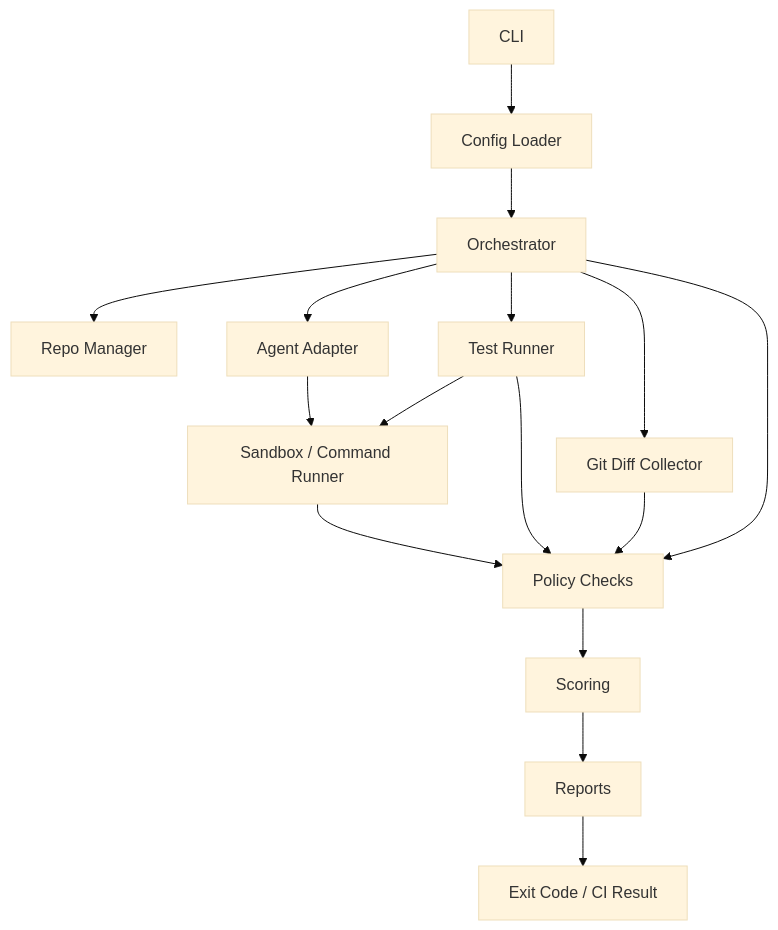
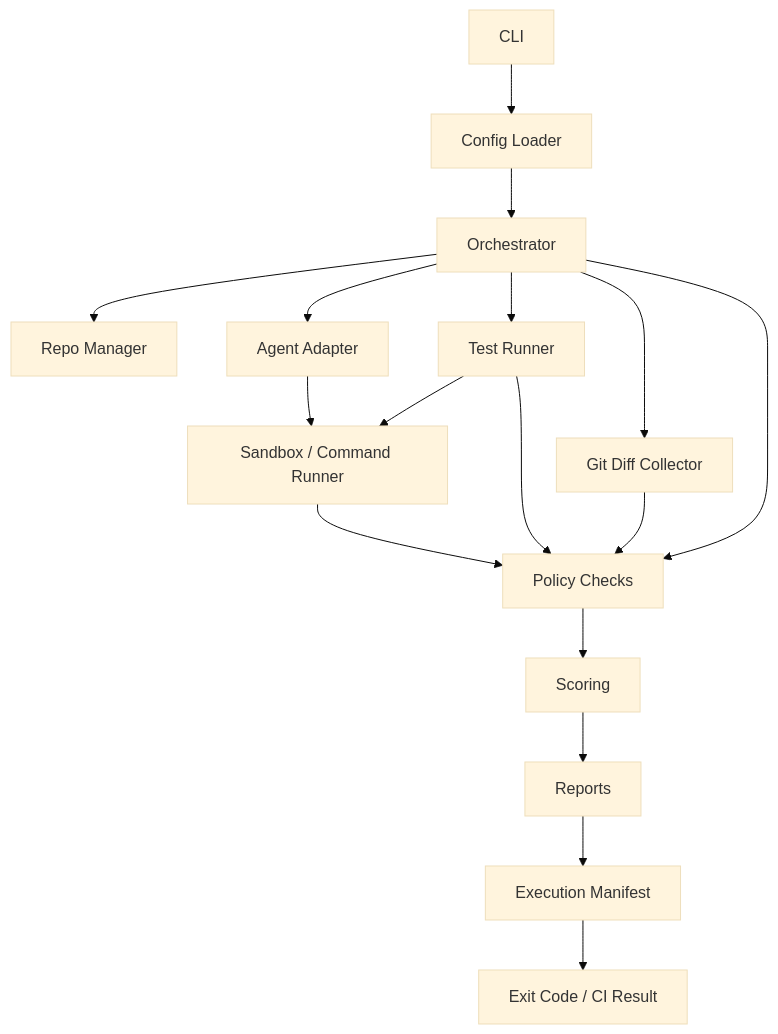
Before and after one commit to richinmrudul/agentguard: the first of 2 diagrams in docs/architecture.md, drawn with Mermaid (base theme). The commit also changed other lines of this file and 16 other files, not shown here.

````diff
--- a/docs/architecture.md
+++ b/docs/architecture.md
@@ -47,18 +48,19 @@
 ```mermaid
 flowchart TD
     CLI[CLI] --> ConfigLoader[Config Loader]
     ConfigLoader --> Orchestrator[Orchestrator]
     Orchestrator --> RepoManager[Repo Manager]
     Orchestrator --> AgentAdapter[Agent Adapter]
     AgentAdapter --> SandboxRunner[Sandbox / Command Runner]
     Orchestrator --> TestRunner[Test Runner]
     TestRunner --> SandboxRunner
     Orchestrator --> GitDiffCollector[Git Diff Collector]
     Orchestrator --> PolicyChecks[Policy Checks]
     SandboxRunner --> PolicyChecks
     GitDiffCollector --> PolicyChecks
     TestRunner --> PolicyChecks
     PolicyChecks --> Scoring[Scoring]
     Scoring --> Reports[Reports]
-    Reports --> ExitCode[Exit Code / CI Result]
+    Reports --> Manifest[Execution Manifest]
+    Manifest --> ExitCode[Exit Code / CI Result]
 ```
````
